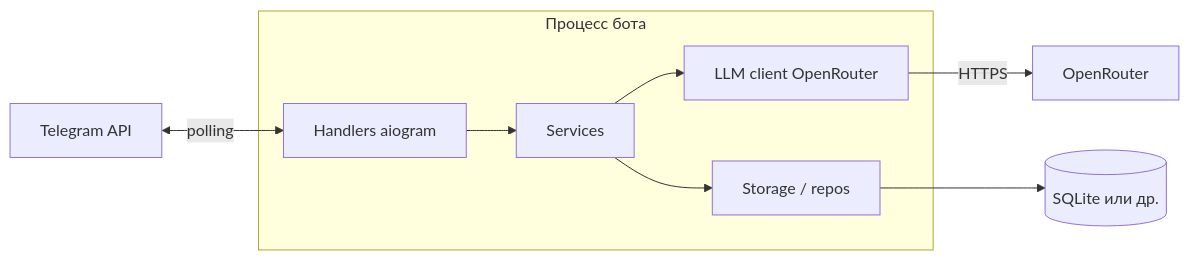
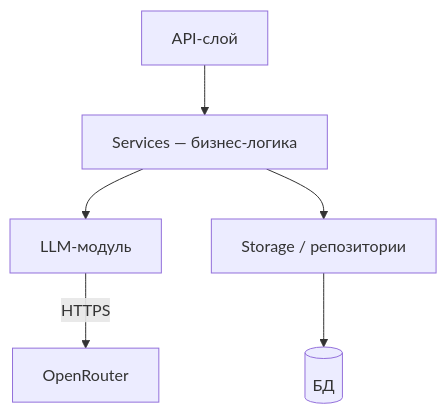
One commit to zharkov-ruslan/pereobuyka changed the second of 3 diagrams in docs/vision.md. Above: the diagram before and after it, drawn with Mermaid. The commit also changed other lines of this file and 8 other files, not shown here.

````diff
--- a/docs/vision.md
+++ b/docs/vision.md
@@ -66,17 +67,15 @@
 ```mermaid
-flowchart LR
-  TG[Telegram API]
-  subgraph process[Процесс бота]
-    H[Handlers aiogram]
-    S[Services]
-    L[LLM client OpenRouter]
-    R[Storage / repos]
-  end
-  DB[(SQLite или др.)]
-  TG <-->|polling| H
-  H --> S
-  S --> L
-  S --> R
-  R --> DB
-  L -->|HTTPS| OR[OpenRouter]
+flowchart TD
+    API[API-слой]
+    SVC[Services — бизнес-логика]
+    LLM_MOD[LLM-модуль]
+    REPO[Storage / репозитории]
+    DB[(БД)]
+    OR[OpenRouter]
+
+    API --> SVC
+    SVC --> LLM_MOD
+    SVC --> REPO
+    REPO --> DB
+    LLM_MOD -->|HTTPS| OR
 ```
````
